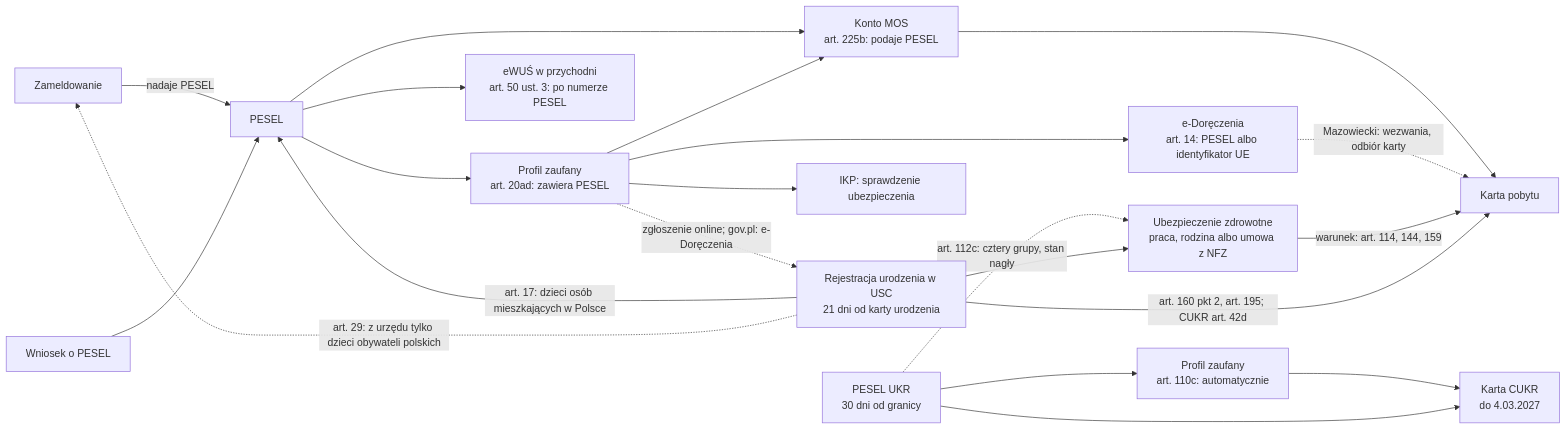
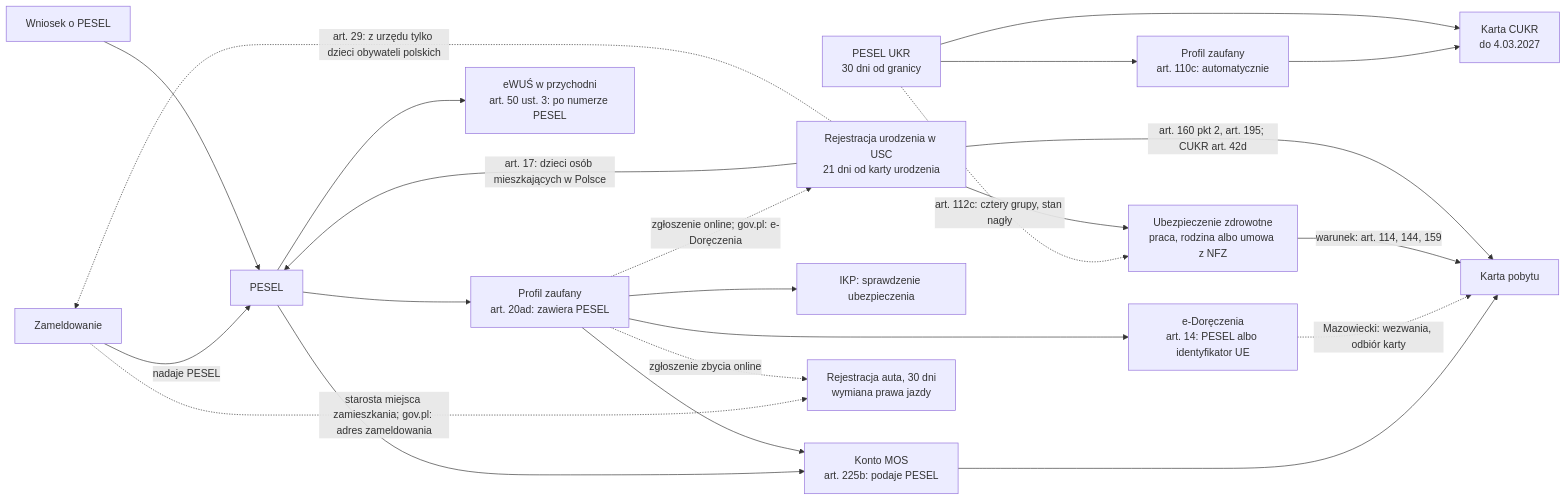
Before and after one commit to wrzalkosowskilukaszz/formalka-next: the diagram in docs/formalka-next/20-MATTER-MAPS.md, drawn with Mermaid. The commit also changed other lines of this file and 16 other files, not shown here.

````diff
--- a/docs/formalka-next/20-MATTER-MAPS.md
+++ b/docs/formalka-next/20-MATTER-MAPS.md
@@ -33,23 +34,25 @@
 ```mermaid
 flowchart LR
   ZAM[Zameldowanie] -->|nadaje PESEL| PESEL[PESEL]
   PESELW[Wniosek o PESEL] --> PESEL
   PESEL --> PZ[Profil zaufany<br/>art. 20ad: zawiera PESEL]
   PESEL --> MOS[Konto MOS<br/>art. 225b: podaje PESEL]
   PZ --> MOS
   PZ --> ED[e-Doręczenia<br/>art. 14: PESEL albo identyfikator UE]
   MOS --> KP[Karta pobytu]
   ED -.->|Mazowiecki: wezwania, odbiór karty| KP
   UKR[PESEL UKR<br/>30 dni od granicy] --> PZU[Profil zaufany<br/>art. 110c: automatycznie]
   PZU --> CUKR[Karta CUKR<br/>do 4.03.2027]
   UKR --> CUKR
   PESEL --> EWUS[eWUŚ w przychodni<br/>art. 50 ust. 3: po numerze PESEL]
   PZ --> IKP[IKP: sprawdzenie ubezpieczenia]
   UBZ[Ubezpieczenie zdrowotne<br/>praca, rodzina albo umowa z NFZ] -->|warunek: art. 114, 144, 159| KP
   UKR -.->|art. 112c: cztery grupy, stan nagły| UBZ
   URO[Rejestracja urodzenia w USC<br/>21 dni od karty urodzenia] -->|art. 17: dzieci osób mieszkających w Polsce| PESEL
   URO -.->|art. 29: z urzędu tylko dzieci obywateli polskich| ZAM
   URO --> UBZ
   URO -->|art. 160 pkt 2, art. 195; CUKR art. 42d| KP
   PZ -.->|zgłoszenie online; gov.pl: e-Doręczenia| URO
+  ZAM -.->|starosta miejsca zamieszkania; gov.pl: adres zameldowania| POJ[Rejestracja auta, 30 dni<br/>wymiana prawa jazdy]
+  PZ -.->|zgłoszenie zbycia online| POJ
 ```
````
